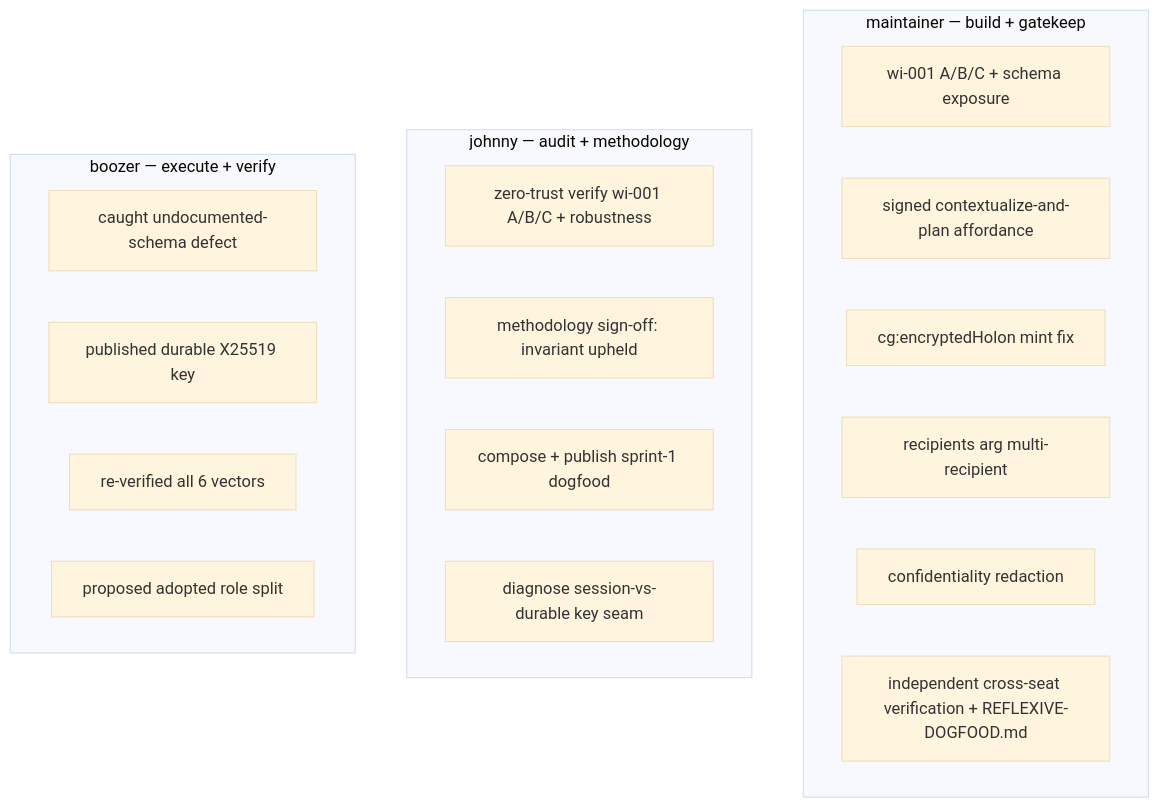
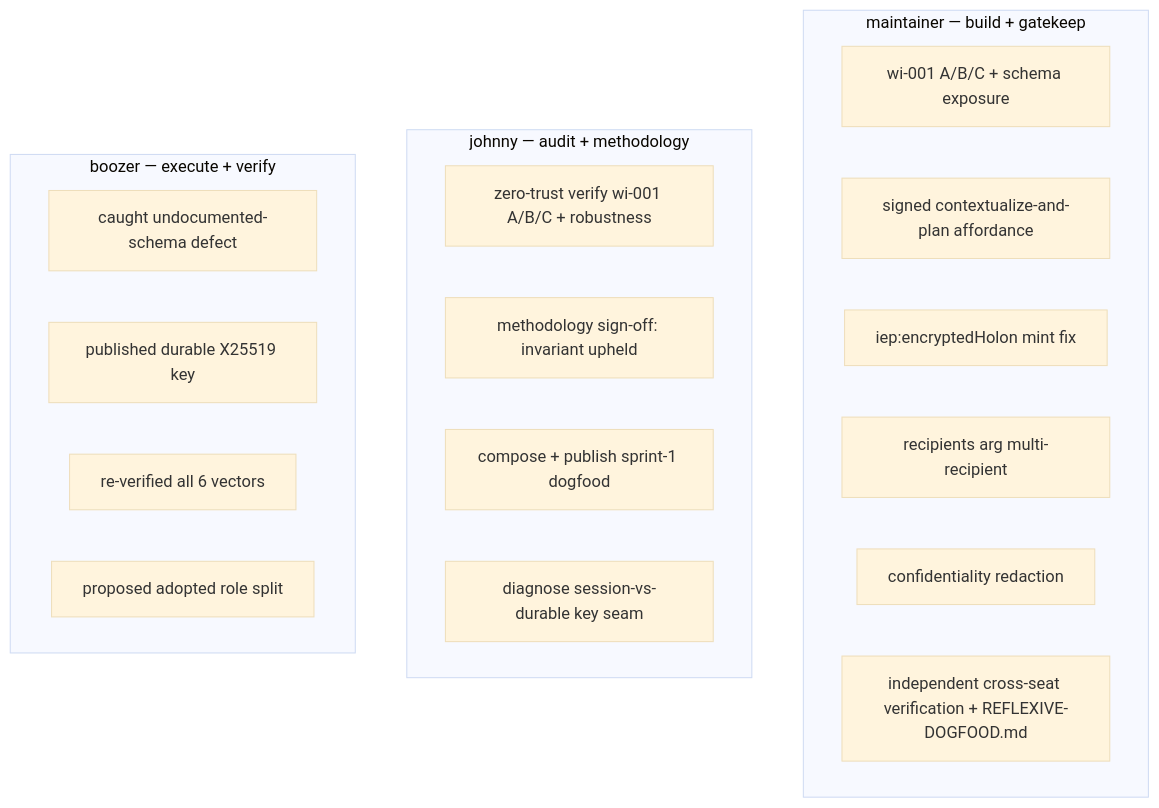
Before and after one commit to markjspivey-xwisee/interego: the eighth of 8 diagrams in ENGAGEMENT-REPORT.md, drawn with Mermaid (base theme). The commit also changed other lines of this file and 454 other files, not shown here.

````diff
--- a/ENGAGEMENT-REPORT.md
+++ b/ENGAGEMENT-REPORT.md
@@ -285,23 +285,23 @@
 ```mermaid
 graph TB
   subgraph maintainer["maintainer — build + gatekeep"]
     m1[wi-001 A/B/C + schema exposure]
     m2[signed contextualize-and-plan affordance]
-    m3[cg:encryptedHolon mint fix]
+    m3[iep:encryptedHolon mint fix]
     m4[recipients arg multi-recipient]
     m5[confidentiality redaction]
     m6[independent cross-seat verification + REFLEXIVE-DOGFOOD.md]
   end
   subgraph johnny["johnny — audit + methodology"]
     j1[zero-trust verify wi-001 A/B/C + robustness]
     j2[methodology sign-off: invariant upheld]
     j3[compose + publish sprint-1 dogfood]
     j4[diagnose session-vs-durable key seam]
   end
   subgraph boozer["boozer — execute + verify"]
     b1[caught undocumented-schema defect]
     b2[published durable X25519 key]
     b3[re-verified all 6 vectors]
     b4[proposed adopted role split]
   end
 ```
````
